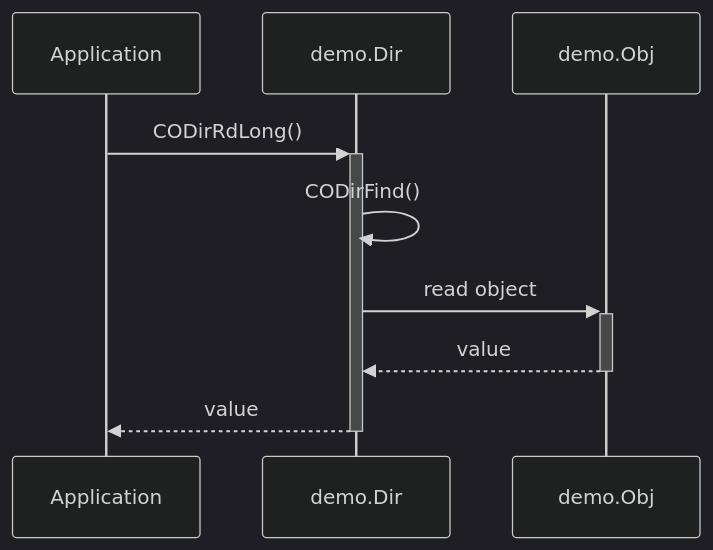
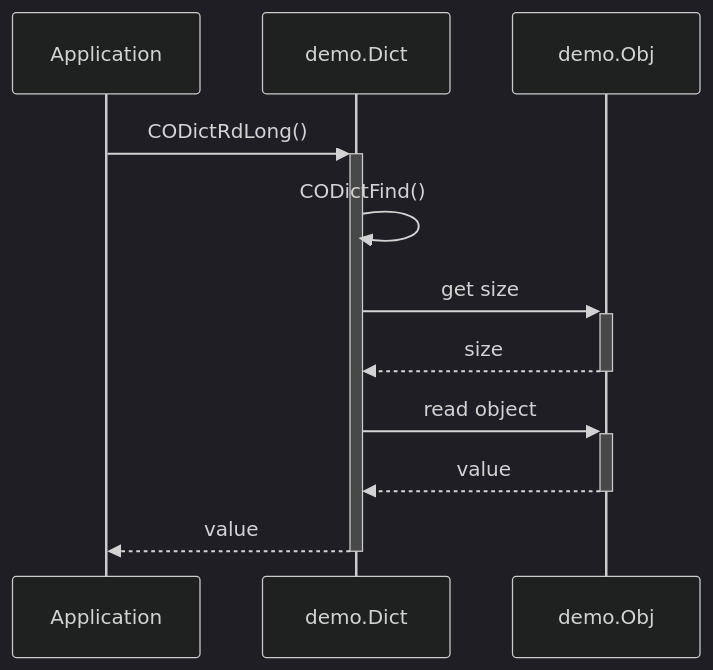
One commit to embedded-office/canopen-website changed the first of 3 diagrams in website/docs/usage/dictionary.md. Above: the diagram before and after it, drawn with Mermaid (dark theme). The commit also changed other lines of this file and 11 other files, not shown here.

````diff
--- a/website/docs/usage/dictionary.md
+++ b/website/docs/usage/dictionary.md
@@ -42,11 +52,13 @@
 ```mermaid
 sequenceDiagram
   participant A as Application
-  participant D as demo.Dir
+  participant D as demo.Dict
   participant O as demo.Obj
-  A->>+D: CODirRdLong()
-  D->>D: CODirFind()
+  A->>+D: CODictRdLong()
+  D->>D: CODictFind()
+  D->>+O: get size
+  O-->>-D: size
   D->>+O: read object
   O-->>-D: value
   D-->>-A: value
 ```
````
